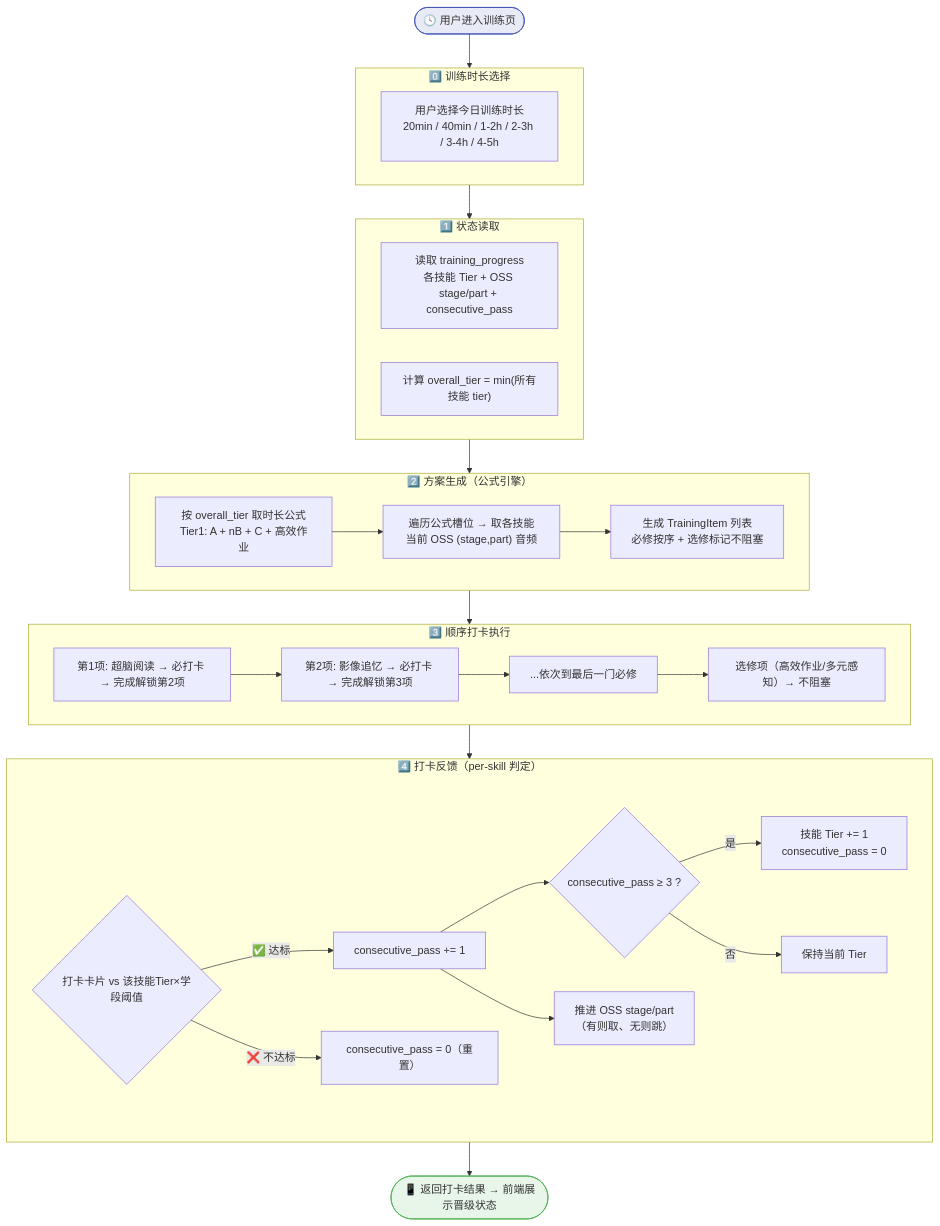
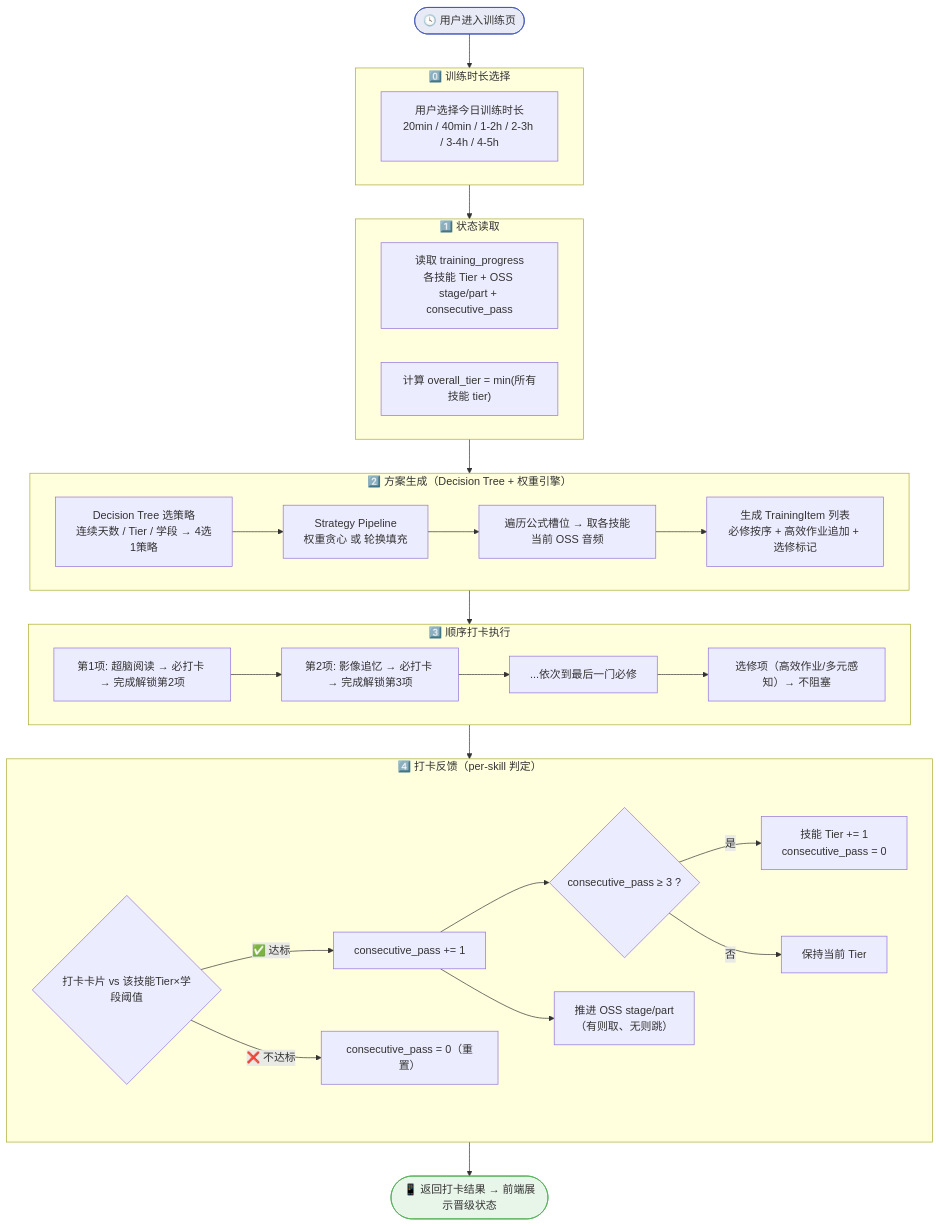
The second of 8 diagrams in docs/体系架构设计.md (quppwork/Jnao_tianfu_daka), drawn with Mermaid before and after one commit. The commit also changed other lines of this file and 15 other files, not shown here.

First line of the commit message:
feat: v3.0 Decision Tree + Strategy Pipeline 权重排课引擎

````diff
--- a/docs/体系架构设计.md
+++ b/docs/体系架构设计.md
@@ -49,49 +49,50 @@
 ```mermaid
 flowchart TD
     START(["🕓 用户进入训练页"]) --> S0
 
     subgraph S0["0️⃣ 训练时长选择"]
         DUR["用户选择今日训练时长<br/>20min / 40min / 1-2h / 2-3h / 3-4h / 4-5h"]
     end
 
     S0 --> S1
 
     subgraph S1["1️⃣ 状态读取"]
         A["读取 training_progress<br/>各技能 Tier + OSS stage/part + consecutive_pass"]
         A2["计算 overall_tier = min(所有技能 tier)"]
     end
 
     S1 --> S2
 
-    subgraph S2["2️⃣ 方案生成（公式引擎）"]
-        F["按 overall_tier 取时长公式<br/>Tier1: A + nB + C + 高效作业"]
-        F --> G["遍历公式槽位 → 取各技能当前 OSS (stage,part) 音频"]
-        G --> H["生成 TrainingItem 列表<br/>必修按序 + 选修标记不阻塞"]
+    subgraph S2["2️⃣ 方案生成（Decision Tree + 权重引擎）"]
+        DT["Decision Tree 选策略<br/>连续天数 / Tier / 学段 → 4选1策略"]
+        DT --> SP["Strategy Pipeline<br/>权重贪心 或 轮换填充"]
+        SP --> G["遍历公式槽位 → 取各技能当前 OSS 音频"]
+        G --> H["生成 TrainingItem 列表<br/>必修按序 + 高效作业追加 + 选修标记"]
     end
 
     S2 --> S3
 
     subgraph S3["3️⃣ 顺序打卡执行"]
         I["第1项: 超脑阅读 → 必打卡 → 完成解锁第2项"]
         I --> J["第2项: 影像追忆 → 必打卡 → 完成解锁第3项"]
         J --> K["...依次到最后一门必修"]
         K --> L["选修项（高效作业/多元感知）→ 不阻塞"]
     end
 
     S3 --> S4
 
     subgraph S4["4️⃣ 打卡反馈（per-skill 判定）"]
         M{"打卡卡片 vs 该技能Tier×学段阈值"}
         M -->|"✅ 达标"| N["consecutive_pass += 1"]
         M -->|"❌ 不达标"| O["consecutive_pass = 0（重置）"]
         N --> P{"consecutive_pass ≥ 3 ?"}
         P -->|"是"| Q["技能 Tier += 1<br/>consecutive_pass = 0"]
         P -->|"否"| R["保持当前 Tier"]
         N --> S["推进 OSS stage/part<br/>（有则取、无则跳）"]
     end
 
     S4 --> END(["📱 返回打卡结果 → 前端展示晋级状态"])
 
     style START fill:#e8eaf6,stroke:#3f51b5
     style END fill:#e8f5e9,stroke:#4caf50
 ```
````
